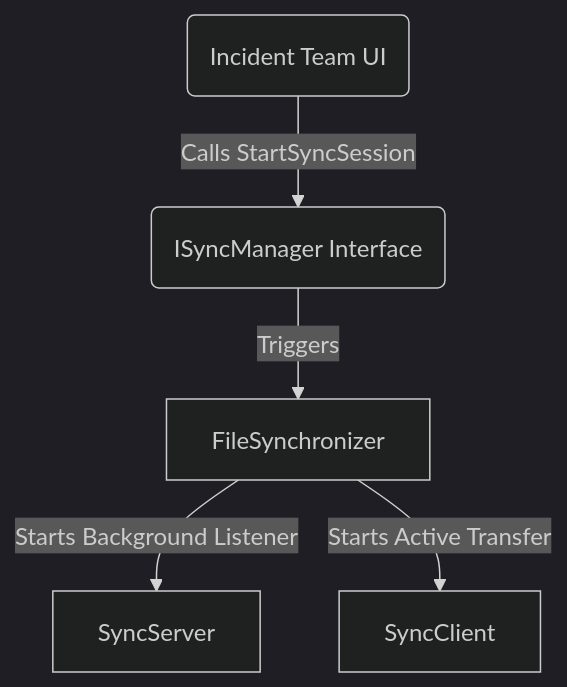
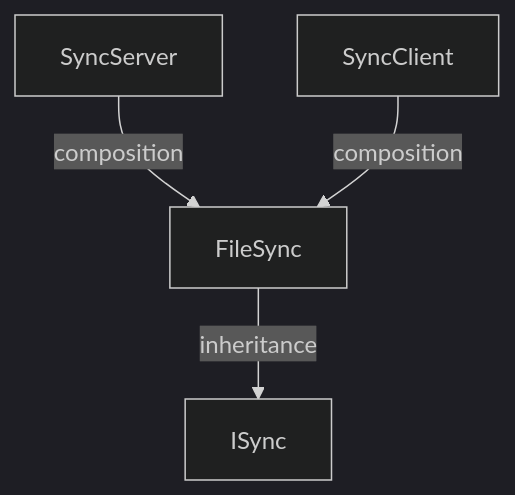
The diagram in docs/FileSync/specification.md (DheerajRamKalava/SWE-Project), drawn with Mermaid (dark theme) before and after one commit.

Commit message:
revert diagram to Raagam's version

````diff
--- a/docs/FileSync/specification.md
+++ b/docs/FileSync/specification.md
@@ -20,7 +20,6 @@
 ```mermaid
 graph TD
-    UI(Incident Team UI) -->|Calls StartSyncSession| ISync(ISyncManager Interface)
-    ISync -->|Triggers| Boss[FileSynchronizer]
-    Boss -->|Starts Background Listener| Server[SyncServer]
-    Boss -->|Starts Active Transfer| Client[SyncClient]
+    FileSync -->|inheritance| ISync
+    SyncServer -->|composition| FileSync
+    SyncClient -->|composition| FileSync
 ```
````
